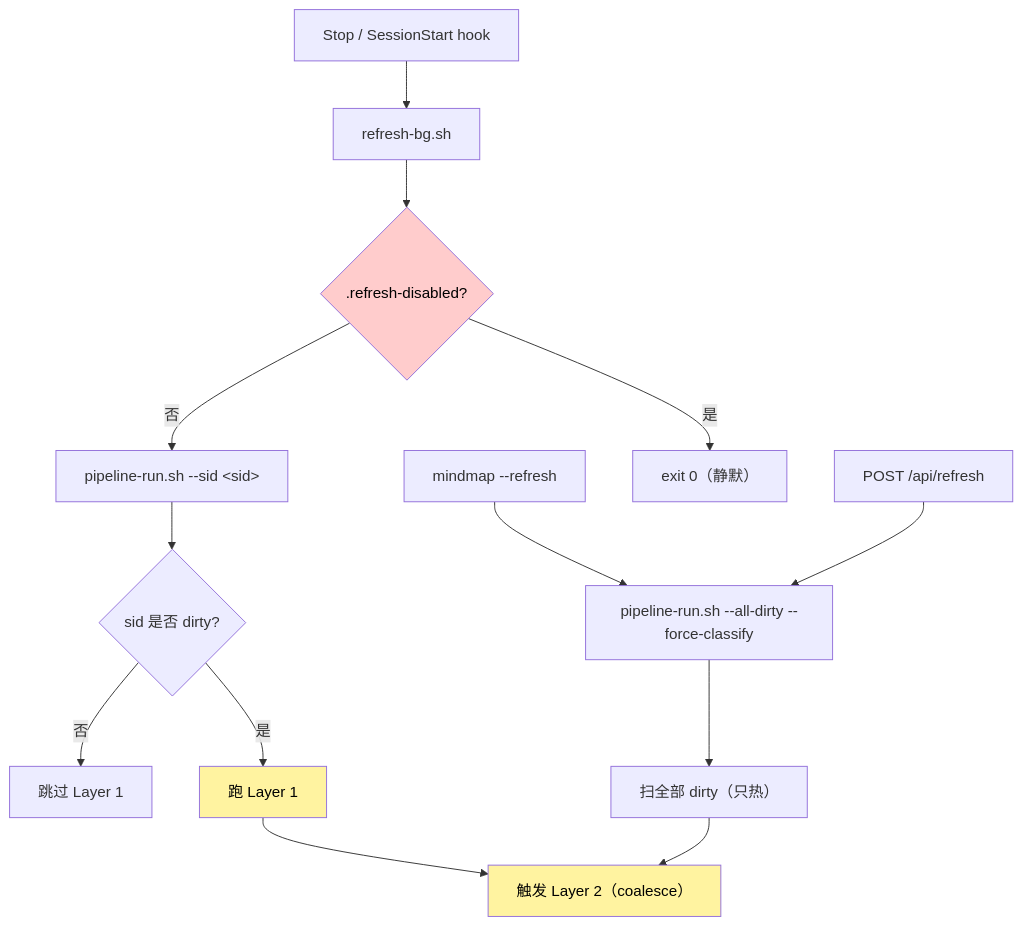
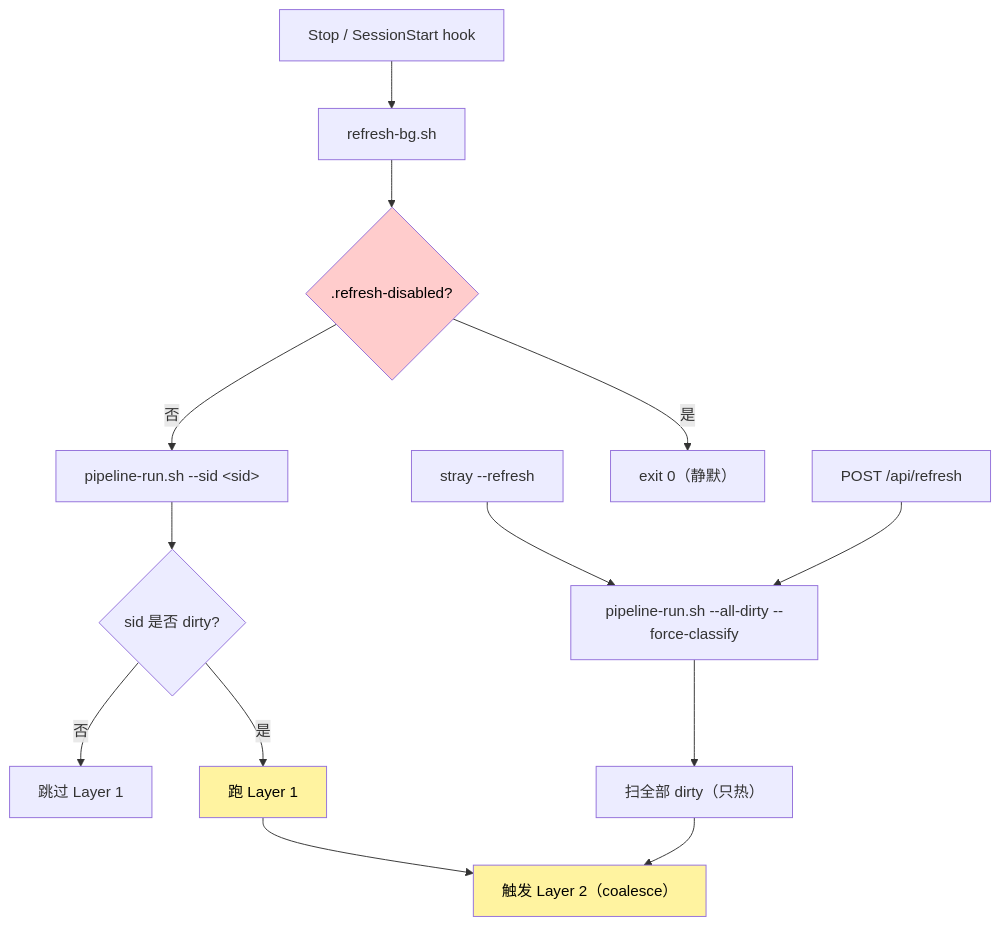
One commit to Icesource/claude-stray changed the fourth of 8 diagrams in docs/zh-CN/ARCHITECTURE.md. Above: the diagram before and after it, drawn with Mermaid. The commit also changed other lines of this file and 24 other files, not shown here.

First line of the commit message:
docs: 全仓文档去陈旧——mindmap-- → stray--、mindmap.json/.html → dashboard.*,ARCHITECTURE/TROUBLESHOOTING 更新

````diff
--- a/docs/zh-CN/ARCHITECTURE.md
+++ b/docs/zh-CN/ARCHITECTURE.md
@@ -278,20 +282,20 @@
 ```mermaid
 flowchart TD
     H["Stop / SessionStart hook"] --> RB["refresh-bg.sh"]
-    UR["mindmap --refresh"] --> Pipe["pipeline-run.sh --all-dirty --force-classify"]
+    UR["stray --refresh"] --> Pipe["pipeline-run.sh --all-dirty --force-classify"]
     API["POST /api/refresh"] --> Pipe
 
     RB --> KS{".refresh-disabled?"}
     KS -- 是 --> Exit["exit 0（静默）"]
     KS -- 否 --> PipeSid["pipeline-run.sh --sid &lt;sid&gt;"]
     PipeSid --> L1?{"sid 是否 dirty?"}
     L1? -- 否 --> Skip["跳过 Layer 1"]
     L1? -- 是 --> L1["跑 Layer 1"]
     L1 --> L2["触发 Layer 2（coalesce）"]
     Pipe --> Bf["扫全部 dirty（只热）"]
     Bf --> L2
 
     style KS fill:#fcc,color:#000
     style L1 fill:#fff3a0,color:#000
     style L2 fill:#fff3a0,color:#000
 ```
````
